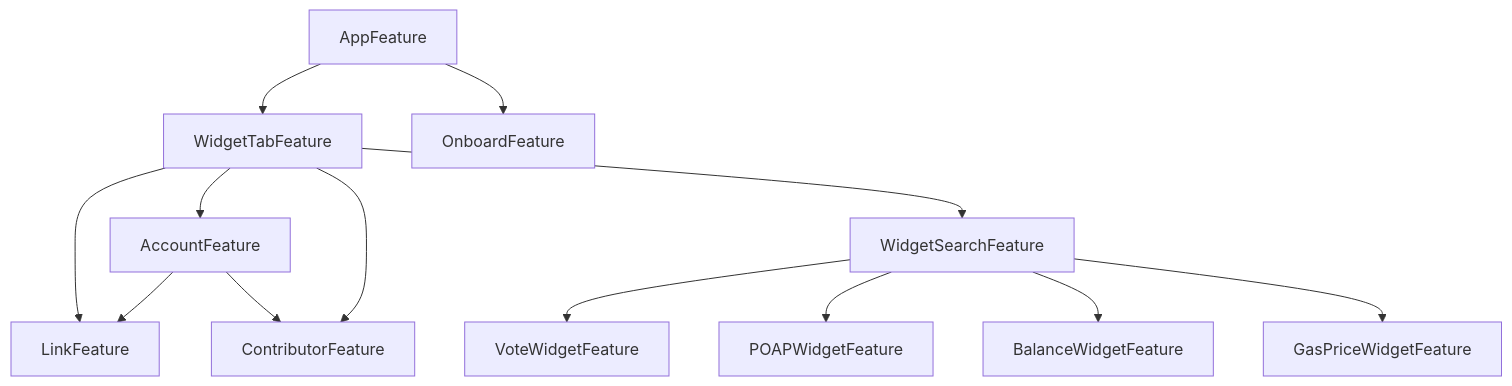
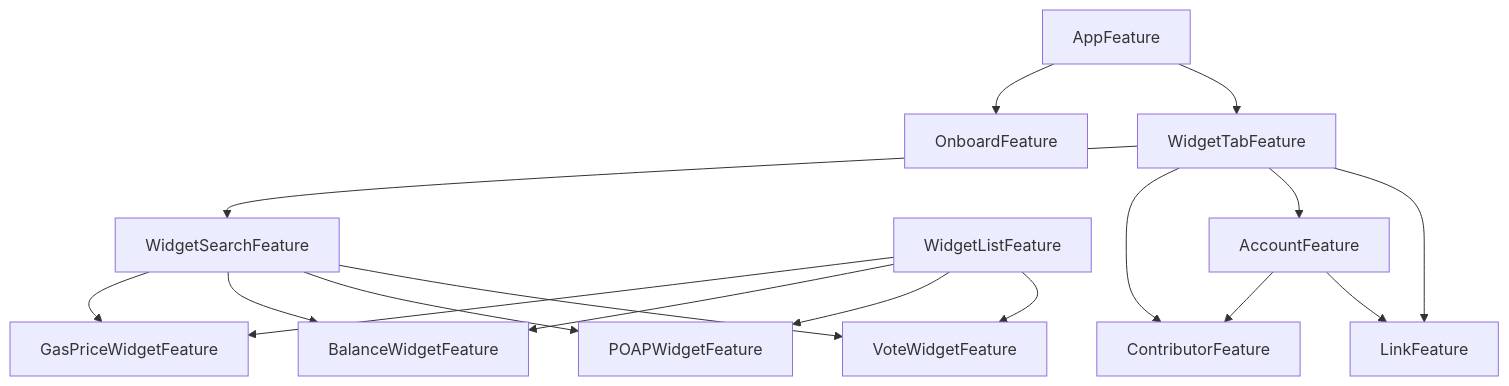
One commit to caaaption/caaaption changed the diagram in Packages/FeaturePackage/README.md. Above: the diagram before and after it, drawn with Mermaid.

Commit message:
Run dgraph (#357)

````diff
--- a/Packages/FeaturePackage/README.md
+++ b/Packages/FeaturePackage/README.md
@@ -2,15 +2,19 @@
 ```mermaid
 graph TD;
     AppFeature-->WidgetTabFeature;
     AppFeature-->OnboardFeature;
     WidgetSearchFeature-->VoteWidgetFeature;
     WidgetSearchFeature-->POAPWidgetFeature;
     WidgetSearchFeature-->BalanceWidgetFeature;
     WidgetSearchFeature-->GasPriceWidgetFeature;
+    WidgetListFeature-->VoteWidgetFeature;
+    WidgetListFeature-->POAPWidgetFeature;
+    WidgetListFeature-->BalanceWidgetFeature;
+    WidgetListFeature-->GasPriceWidgetFeature;
     AccountFeature-->LinkFeature;
     AccountFeature-->ContributorFeature;
     WidgetTabFeature-->LinkFeature;
     WidgetTabFeature-->AccountFeature;
     WidgetTabFeature-->ContributorFeature;
     WidgetTabFeature-->WidgetSearchFeature;
 ```
````
